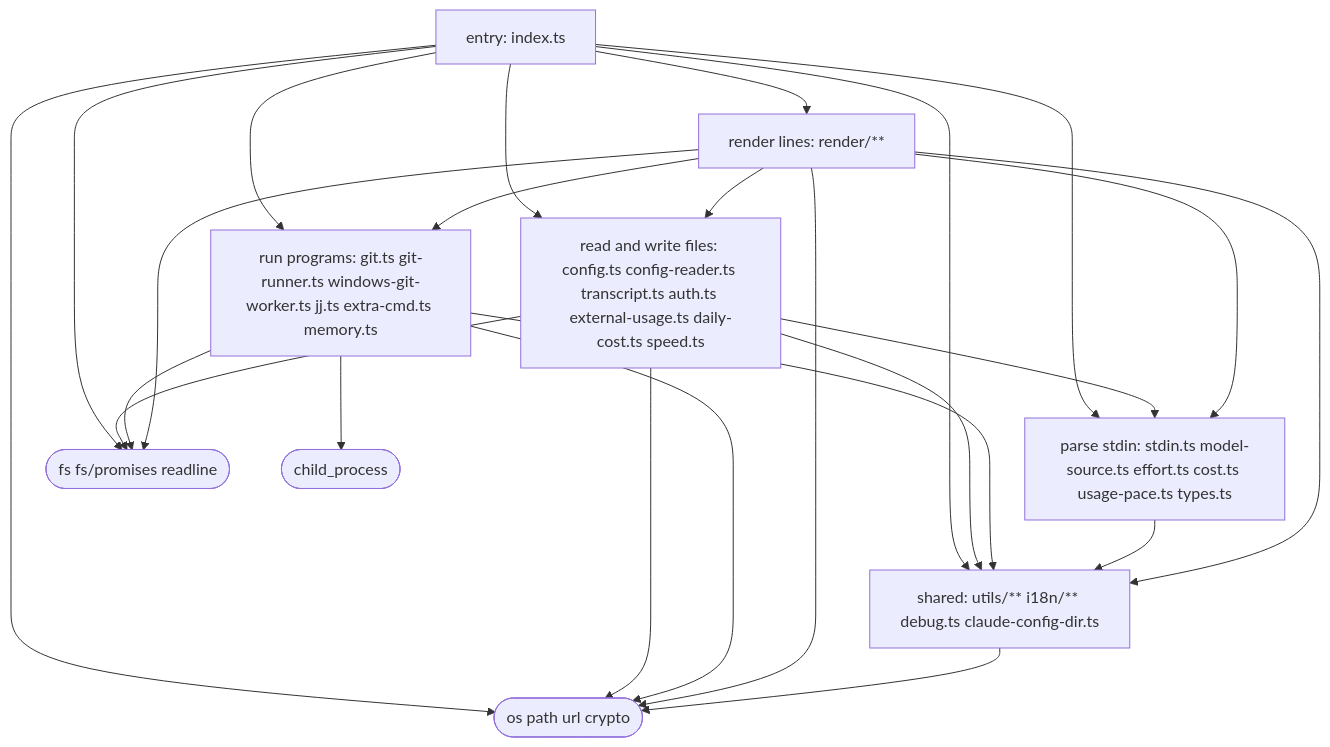
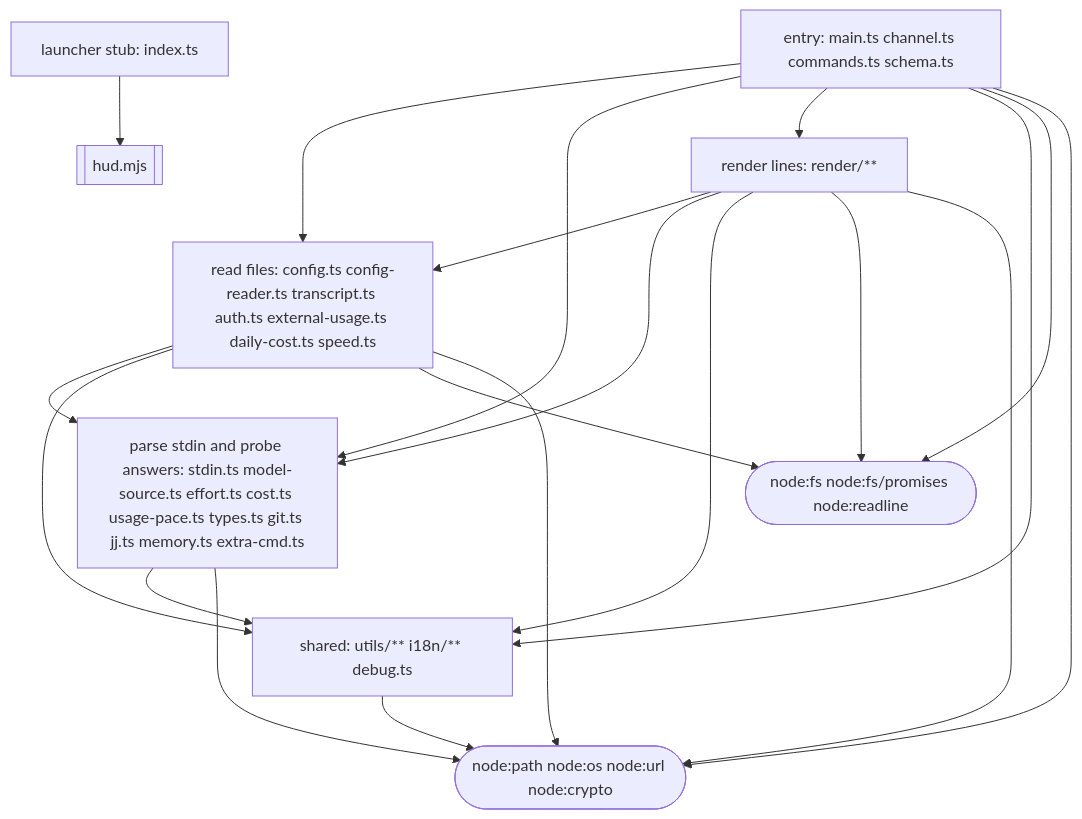
The diagram in ARCHITECTURE.md (jarrodwatts/claude-hud), drawn with Mermaid before and after one commit. The commit also changed other lines of this file and 58 other files, not shown here.

````diff
--- a/ARCHITECTURE.md
+++ b/ARCHITECTURE.md
@@ -13,22 +46,20 @@
 ```mermaid
 flowchart TD
-  entry["entry: index.ts"]
-  files["read and write files: config.ts config-reader.ts transcript.ts auth.ts external-usage.ts daily-cost.ts speed.ts"]
-  run["run programs: git.ts git-runner.ts windows-git-worker.ts jj.ts extra-cmd.ts memory.ts"]
-  logic["parse stdin: stdin.ts model-source.ts effort.ts cost.ts usage-pace.ts types.ts"]
+  stub["launcher stub: index.ts"]
+  entry["entry: main.ts channel.ts commands.ts schema.ts"]
+  read["read files: config.ts config-reader.ts transcript.ts auth.ts external-usage.ts daily-cost.ts speed.ts"]
+  parse["parse stdin and probe answers: stdin.ts model-source.ts effort.ts cost.ts usage-pace.ts types.ts git.ts jj.ts memory.ts extra-cmd.ts"]
   render["render lines: render/**"]
-  shared["shared: utils/** i18n/** debug.ts claude-config-dir.ts"]
+  shared["shared: utils/** i18n/** debug.ts"]
 
-  fsio(["fs fs/promises readline"])
-  proc(["child_process"])
-  host(["os path url crypto"])
+  hud[["hud.mjs"]]
+  fsio(["node:fs node:fs/promises node:readline"])
+  host(["node:path node:os node:url node:crypto"])
 
-  entry --> files & run & logic & render & shared
-  files --> logic & shared
-  run --> shared
-  logic --> shared
-  render --> files & run & logic & shared
-  run --> proc
-  entry & files & run & render --> fsio
-  entry & files & run & render & shared --> host
+  stub --> hud
+  entry --> read & parse & render & shared & fsio & host
+  read --> parse & shared & fsio & host
+  parse --> shared & host
+  render --> read & parse & shared & fsio & host
+  shared --> host
 ```
````
